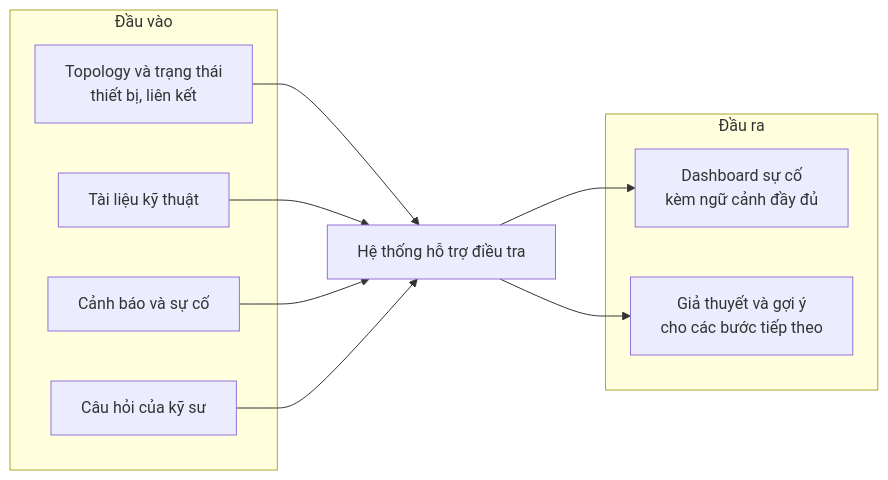
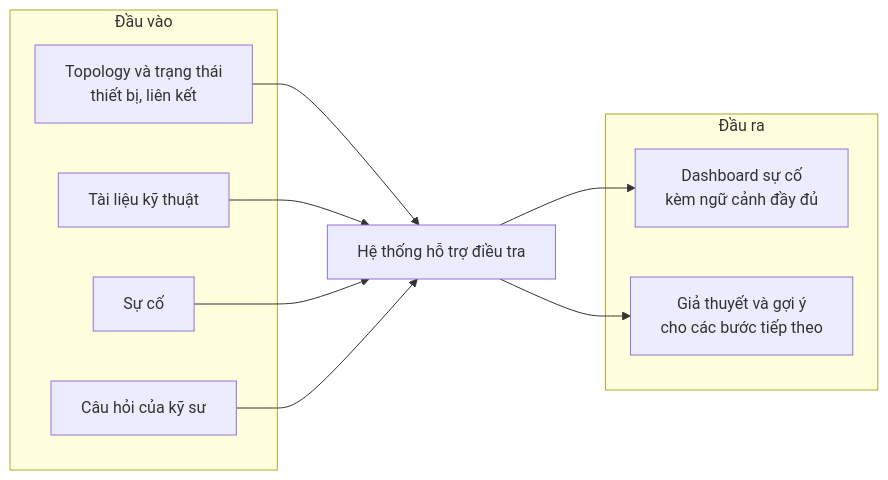
The fourth of 5 diagrams in docs/week03-problem-and-current-solutions/report.md (RainAllDay-vn/graduation-project), drawn with Mermaid before and after one commit. The commit also changed other lines of this file and 6 other files, not shown here.

````diff
--- a/docs/week03-problem-and-current-solutions/report.md
+++ b/docs/week03-problem-and-current-solutions/report.md
@@ -150,25 +150,25 @@
 ```mermaid
 flowchart LR
     subgraph SRC["Đầu vào"]
         TOPO["Topology và trạng thái<br/>thiết bị, liên kết"]
         DOC["Tài liệu kỹ thuật"]
-        ALERT["Cảnh báo và sự cố"]
+        ALERT["Sự cố"]
         ASK["Câu hỏi của kỹ sư"]
     end
 
     SYSTEM["Hệ thống hỗ trợ điều tra"]
 
     subgraph OUT["Đầu ra"]
         VIEW["Dashboard sự cố<br/> kèm ngữ cảnh đầy đủ"]
         HINT["Giả thuyết và gợi ý<br/> cho các bước tiếp theo"]
     end
 
     TOPO --> SYSTEM
     DOC --> SYSTEM
     ALERT --> SYSTEM
     ASK --> SYSTEM
     SYSTEM --> VIEW
     SYSTEM --> HINT
 
     classDef planned fill:#F8FAFC,stroke:#94A3B8,stroke-dasharray:4 3,color:#475569;
 ```
````
